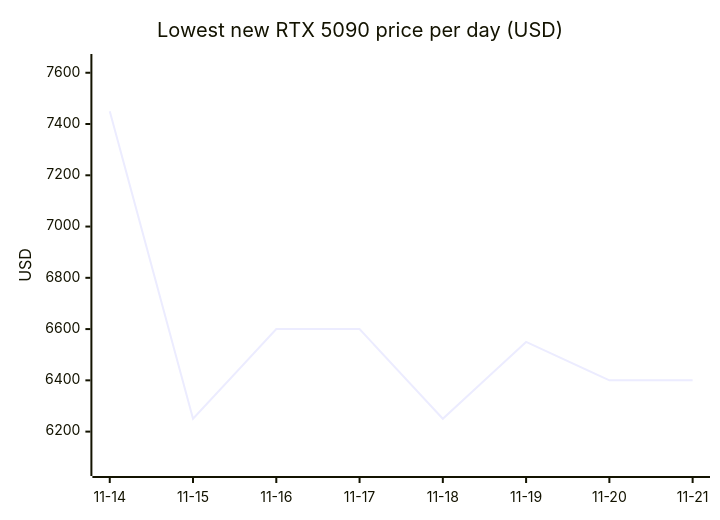
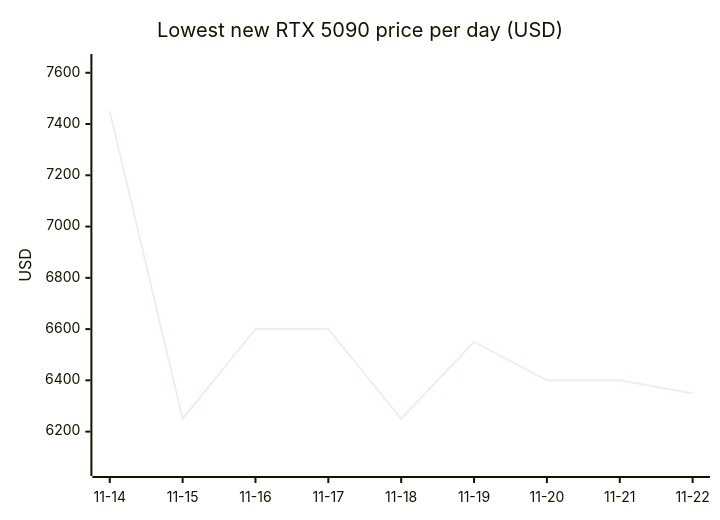
Before and after one commit to 7324136828/4tb_ssd_price_watch: the sixth of 18 diagrams in README.md, drawn with Mermaid. The commit also changed other lines of this file, not shown here.

````diff
--- a/README.md
+++ b/README.md
@@ -791,7 +821,7 @@
 ```mermaid
 xychart-beta
     title "Lowest new RTX 5090 price per day (USD)"
-    x-axis ["11-14", "11-15", "11-16", "11-17", "11-18", "11-19", "11-20", "11-21"]
+    x-axis ["11-14", "11-15", "11-16", "11-17", "11-18", "11-19", "11-20", "11-21", "11-22"]
     y-axis "USD" 6060 --> 7640
-    line [7450.00, 6249.99, 6599.99, 6599.99, 6249.99, 6549.99, 6399.99, 6399.99]
+    line [7450.00, 6249.99, 6599.99, 6599.99, 6249.99, 6549.99, 6399.99, 6399.99, 6349.99]
 ```
````
